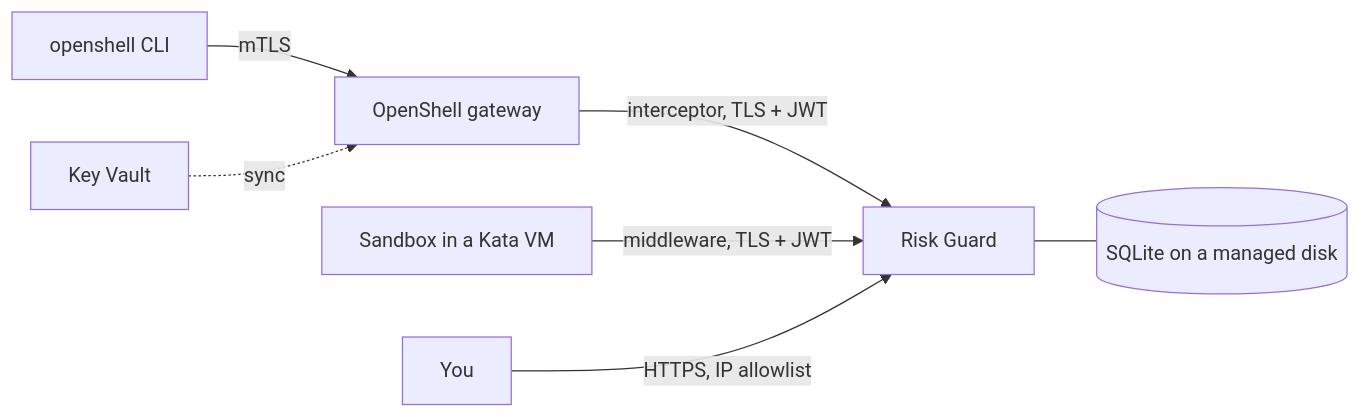
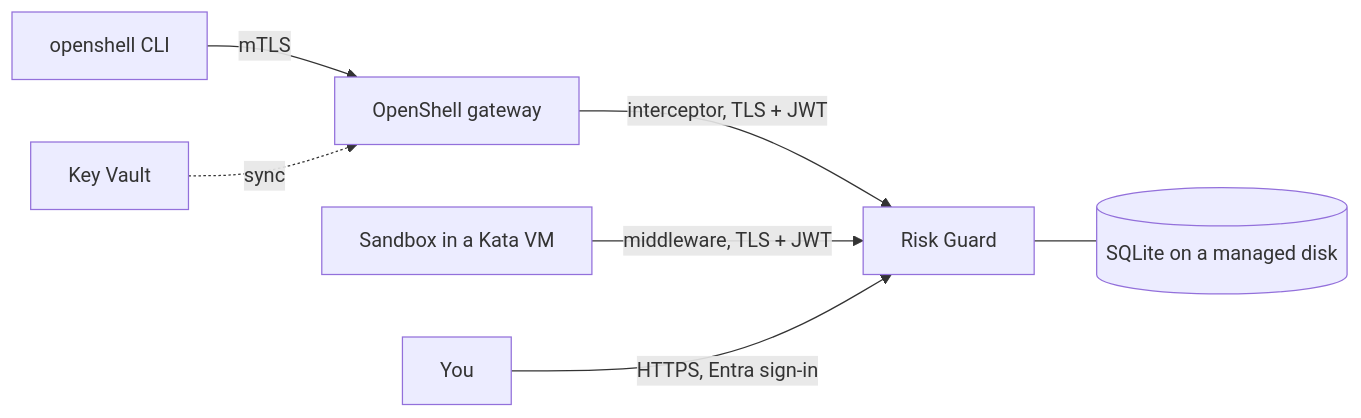
One commit to ChrisHanna/openshell-risk-guard changed the diagram in docs/aks.md. Above: the diagram before and after it, drawn with Mermaid. The commit also changed other lines of this file and 16 other files, not shown here.

First line of the commit message:
feat(console): Microsoft Entra sign-in; anyone not listed sees nothing

````diff
--- a/docs/aks.md
+++ b/docs/aks.md
@@ -15,9 +15,9 @@
 ```mermaid
 flowchart LR
   CLI[openshell CLI] -- mTLS --> GW[OpenShell gateway]
   GW -- interceptor, TLS + JWT --> RG[Risk Guard]
   SB[Sandbox in a Kata VM] -- middleware, TLS + JWT --> RG
   RG --- DB[(SQLite on a managed disk)]
   KV[Key Vault] -. sync .-> GW
-  ME[You] -- HTTPS, IP allowlist --> RG
+  ME[You] -- HTTPS, Entra sign-in --> RG
 ```
````
